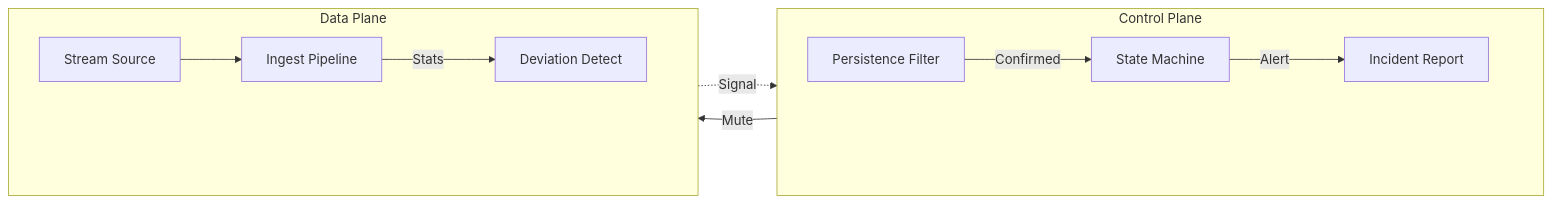
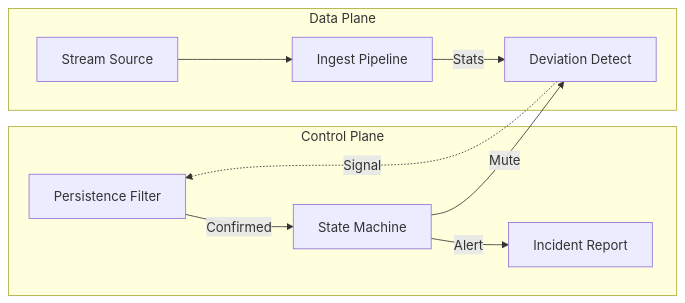
One commit to Mihirmaru22/BLACKICE changed the diagram in README.md. Above: the diagram before and after it, drawn with Mermaid.

Commit message:
docs: revert mermaid diagram to clean graph LR as requested

````diff
--- a/README.md
+++ b/README.md
@@ -74,39 +74,29 @@
 ```mermaid
 graph LR
   %% 1. Define Subgraphs
   subgraph Control["Control Plane"]
-    direction LR
-    PF["Persistence Filter"]
-    SM["State Machine"]
-    IR["Incident Report"]
-    %% Invisible layout fix
-    fix1["________________________"]
+    PF[Persistence Filter]
+    SM[State Machine]
+    IR[Incident Report]
   end
 
   subgraph Data["Data Plane"]
-    direction LR
-    SS["Stream Source"]
-    IP["Ingest Pipeline"]
-    DD["Deviation Detect"]
-    %% Invisible layout fix
-    fix2["________________________"]
+    SS[Stream Source]
+    IP[Ingest Pipeline]
+    DD[Deviation Detect]
   end
 
   %% 2. Data Plane Flow
   SS --> IP
   IP -->|Stats| DD
 
   %% 3. Cross-Layer Signal
   DD -.->|Signal| PF
 
   %% 4. Control Plane Flow
   PF -->|Confirmed| SM
   SM -->|Alert| IR
 
   %% 5. Feedback Loop
   SM -->|Mute| DD
-
-  %% Styling - Hide the fixes
-  classDef hidden fill:none,stroke:none,color:#00000000;
-  class fix1,fix2 hidden;
 ```
````
